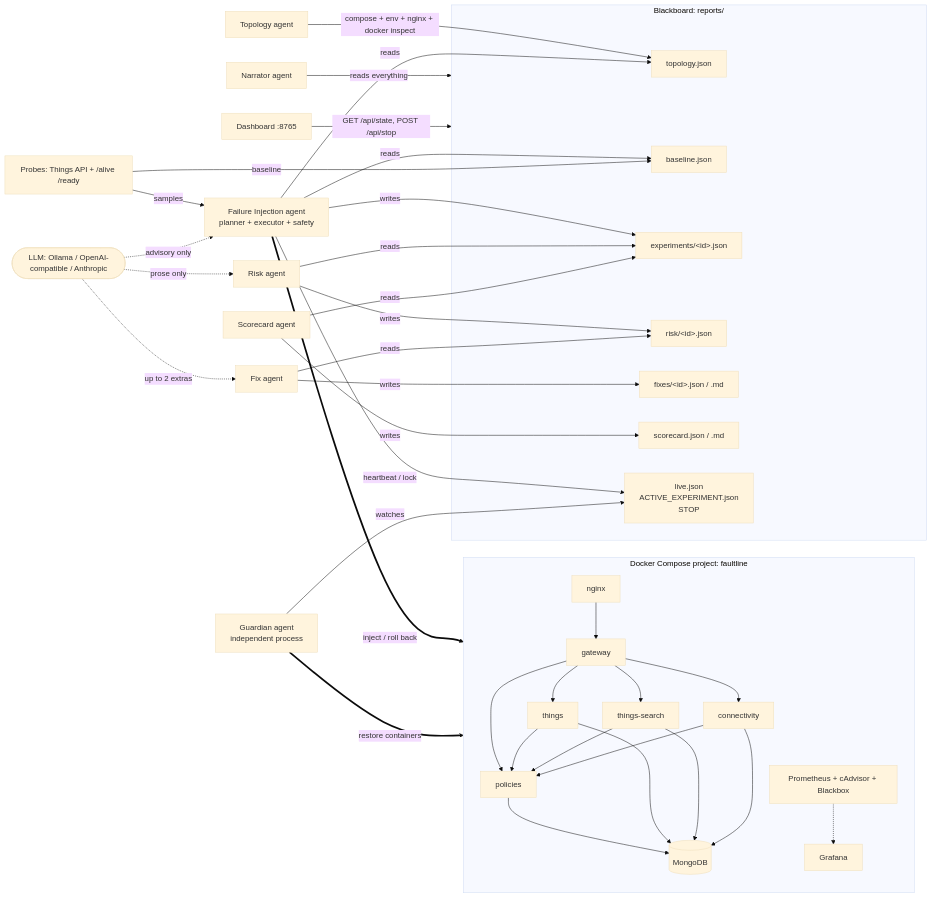
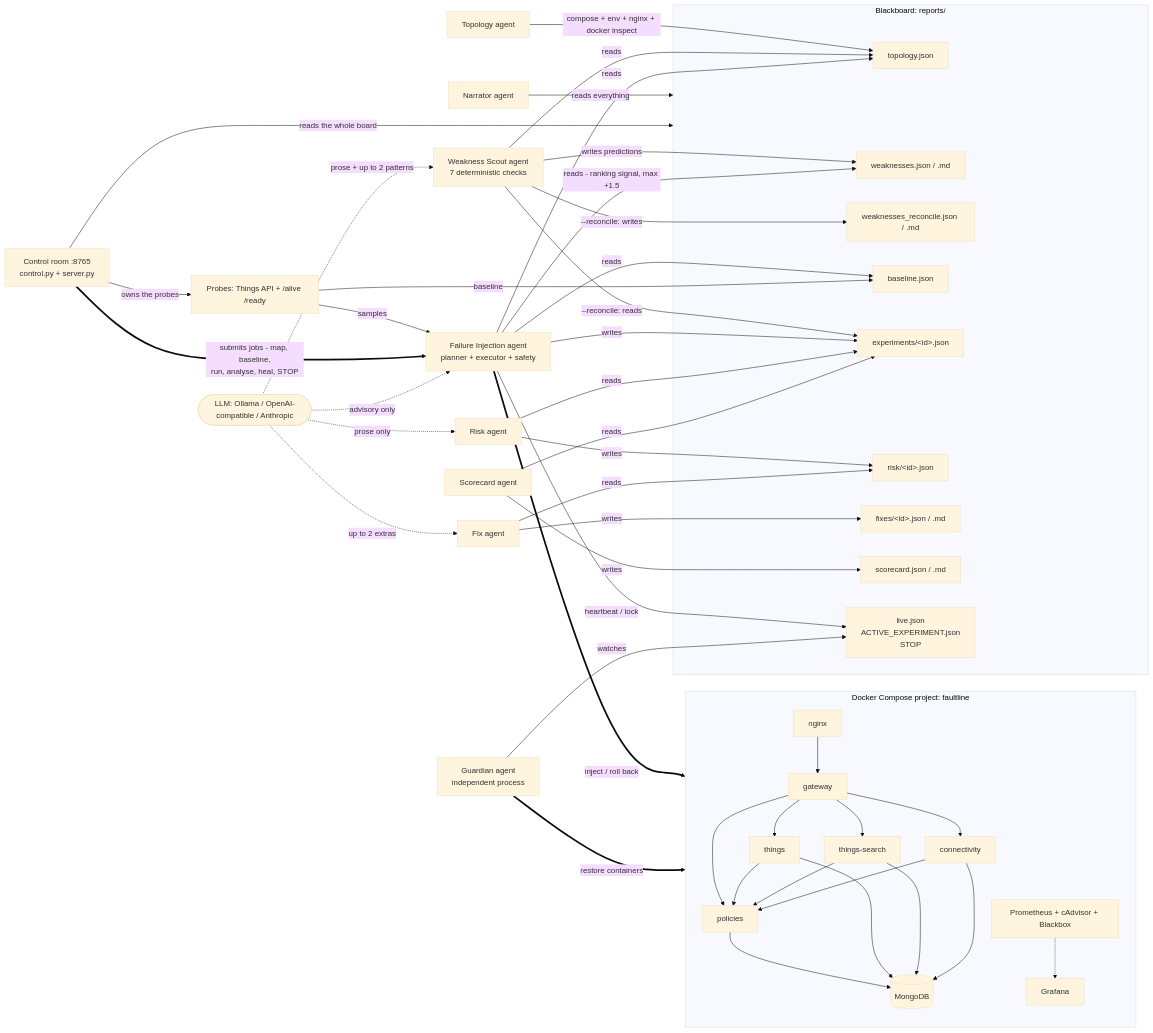
Before and after one commit to InnoxCodes/fault-line: the diagram in README.md, drawn with Mermaid (base theme). The commit also changed other lines of this file and 1 other file, not shown here.

````diff
--- a/README.md
+++ b/README.md
@@ -28,46 +32,56 @@
 ```mermaid
 flowchart LR
     subgraph sandbox["Docker Compose project: faultline"]
         nginx --> gateway --> policies
         gateway --> things --> policies
         gateway --> search["things-search"] --> policies
         gateway --> conn["connectivity"] --> policies
         policies --> mongo[("MongoDB")]
         things --> mongo
         search --> mongo
         conn --> mongo
         prom["Prometheus + cAdvisor + Blackbox"] -.-> grafana["Grafana"]
     end
 
     subgraph bb["Blackboard: reports/"]
         topo["topology.json"]
+        weak["weaknesses.json / .md"]
+        recon["weaknesses_reconcile.json / .md"]
         base["baseline.json"]
         exp["experiments/&lt;id&gt;.json"]
         risk["risk/&lt;id&gt;.json"]
         fix["fixes/&lt;id&gt;.json / .md"]
         score["scorecard.json / .md"]
         live["live.json<br/>ACTIVE_EXPERIMENT.json<br/>STOP"]
     end
 
     T["Topology agent"] -->|compose + env + nginx + docker inspect| topo
+    W["Weakness Scout agent<br/>7 deterministic checks"] -->|reads| topo
+    W -->|writes predictions| weak
+    W -->|--reconcile: reads| exp
+    W -->|--reconcile: writes| recon
     I["Failure Injection agent<br/>planner + executor + safety"] -->|reads| topo
+    I -->|reads - ranking signal, max +1.5| weak
     I -->|reads| base
     I -->|writes| exp
     I -->|heartbeat / lock| live
     I ==>|inject / roll back| sandbox
     P["Probes: Things API + /alive /ready"] -->|baseline| base
     P -->|samples| I
     R["Risk agent"] -->|reads| exp
     R -->|writes| risk
     F["Fix agent"] -->|reads| risk
     F -->|writes| fix
     S["Scorecard agent"] -->|reads| exp
     S -->|writes| score
     N["Narrator agent"] -->|reads everything| bb
     G["Guardian agent<br/>independent process"] -->|watches| live
     G ==>|restore containers| sandbox
-    D["Dashboard :8765"] -->|GET /api/state, POST /api/stop| bb
+    D["Control room :8765<br/>control.py + server.py"] -->|reads the whole board| bb
+    D ==>|submits jobs - map, baseline,<br/>run, analyse, heal, STOP| I
+    D -->|owns the probes| P
     LLM(["LLM: Ollama / OpenAI-compatible / Anthropic"]) -. advisory only .-> I
     LLM -. prose only .-> R
     LLM -. up to 2 extras .-> F
+    LLM -. prose + up to 2 patterns .-> W
 ```
````
